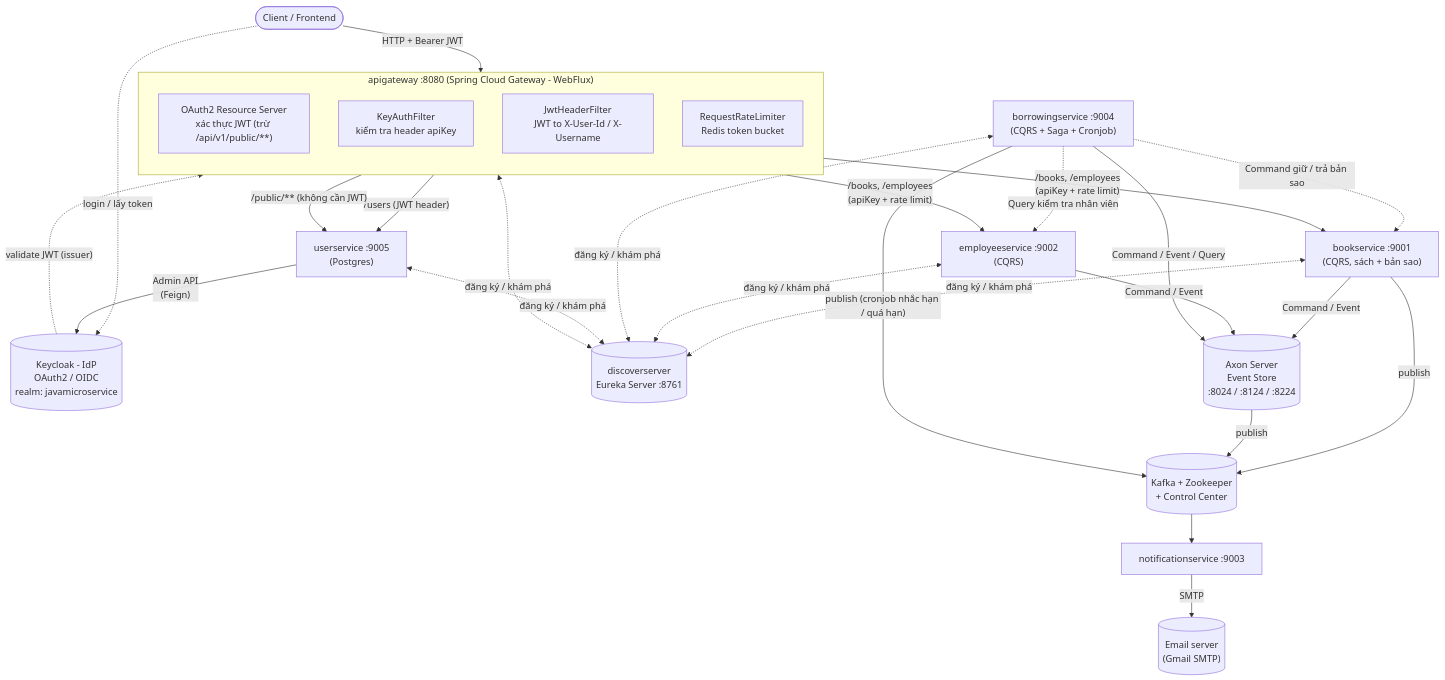
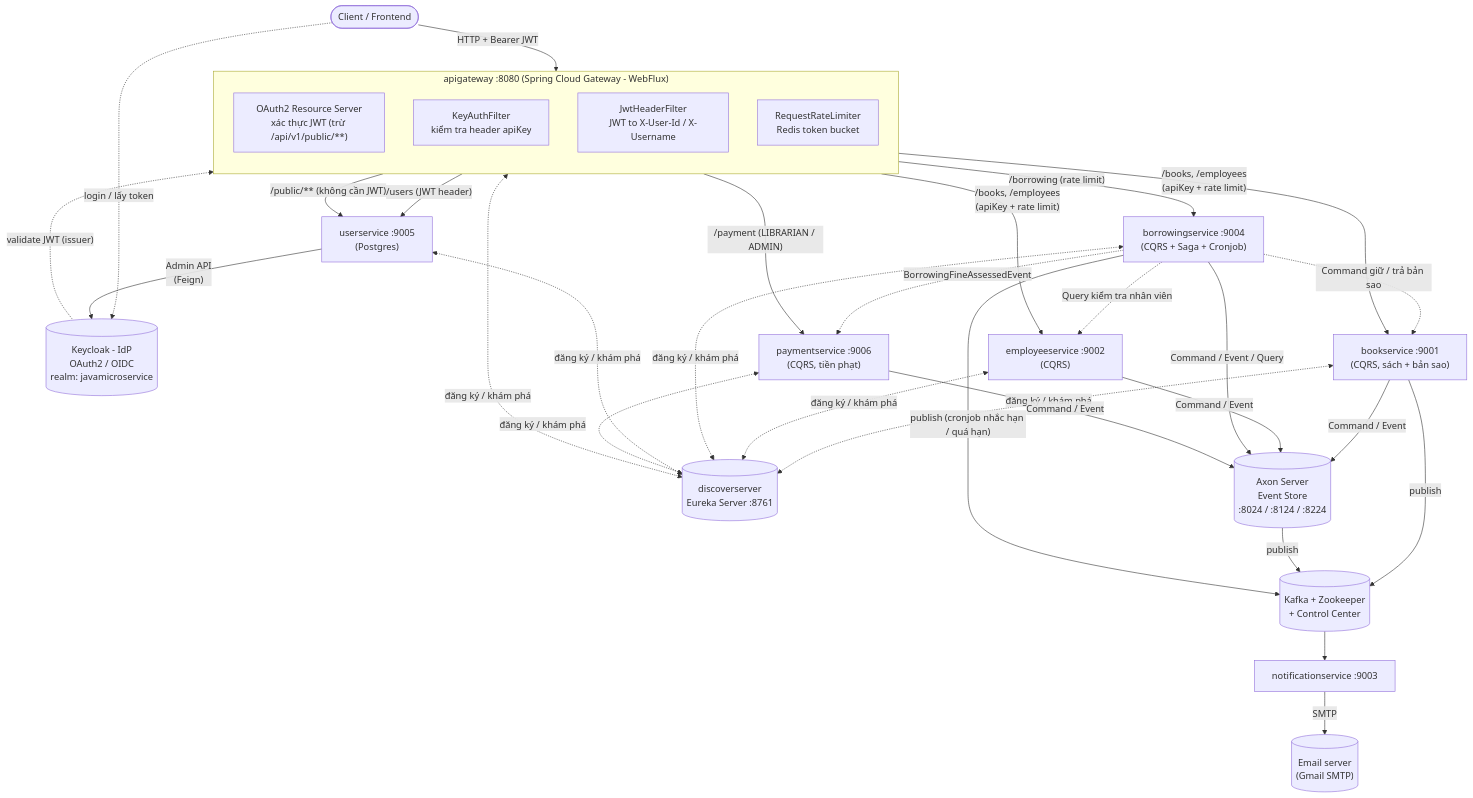
Before and after one commit to nguyenminhquan2204/library-management-java-microservices: the first of 4 diagrams in PROJECT_OVERVIEW.md, drawn with Mermaid. The commit also changed other lines of this file and 15 other files, not shown here.

Commit message:
feat: api payment fine

````diff
--- a/PROJECT_OVERVIEW.md
+++ b/PROJECT_OVERVIEW.md
@@ -33,51 +33,57 @@
 ```mermaid
 flowchart TB
     Client(["Client / Frontend"])
     KC[("Keycloak - IdP\nOAuth2 / OIDC\nrealm: javamicroservice")]
 
     Client -- "HTTP + Bearer JWT" --> GW
     Client -. "login / lấy token" .-> KC
 
     subgraph GW["apigateway :8080 (Spring Cloud Gateway - WebFlux)"]
         direction TB
         F1["OAuth2 Resource Server\nxác thực JWT (trừ /api/v1/public/**)"]
         F2["KeyAuthFilter\nkiểm tra header apiKey"]
         F3["JwtHeaderFilter\nJWT to X-User-Id / X-Username"]
         F4["RequestRateLimiter\nRedis token bucket"]
     end
 
     KC -. "validate JWT (issuer)" .-> F1
     GW -->|"/books, /employees\n(apiKey + rate limit)"| BS
     GW -->|"/books, /employees\n(apiKey + rate limit)"| ES
+    GW -->|"/borrowing (rate limit)"| BOS
+    GW -->|"/payment (LIBRARIAN / ADMIN)"| PS
     GW -->|"/users (JWT header)"| US
     GW -->|"/public/** (không cần JWT)"| US
 
     DS[("discoverserver\nEureka Server :8761")]
     GW <-. "đăng ký / khám phá" .-> DS
     BS <-. "đăng ký / khám phá" .-> DS
     ES <-. "đăng ký / khám phá" .-> DS
     BOS <-. "đăng ký / khám phá" .-> DS
     US <-. "đăng ký / khám phá" .-> DS
+    PS <-. "đăng ký / khám phá" .-> DS
 
     BS["bookservice :9001\n(CQRS, sách + bản sao)"]
     ES["employeeservice :9002\n(CQRS)"]
     BOS["borrowingservice :9004\n(CQRS + Saga + Cronjob)"]
     US["userservice :9005\n(Postgres)"]
+    PS["paymentservice :9006\n(CQRS, tiền phạt)"]
 
     US -- "Admin API\n(Feign)" --> KC
 
     BS -- "Command / Event" --> AX
     ES -- "Command / Event" --> AX
     BOS -- "Command / Event / Query" --> AX
     BOS -. "Command giữ / trả bản sao" .-> BS
     BOS -. "Query kiểm tra nhân viên" .-> ES
+    PS -- "Command / Event" --> AX
+    BOS -. "BorrowingFineAssessedEvent" .-> PS
 
     AX[("Axon Server\nEvent Store\n:8024 / :8124 / :8224")]
 
     BS -- publish --> KFK
     AX -- publish --> KFK
     BOS -- "publish (cronjob nhắc hạn / quá hạn)" --> KFK
     KFK[("Kafka + Zookeeper\n+ Control Center")]
     KFK --> NS["notificationservice :9003"]
     NS -- "SMTP" --> Mail[("Email server\n(Gmail SMTP)")]
 ```
````
